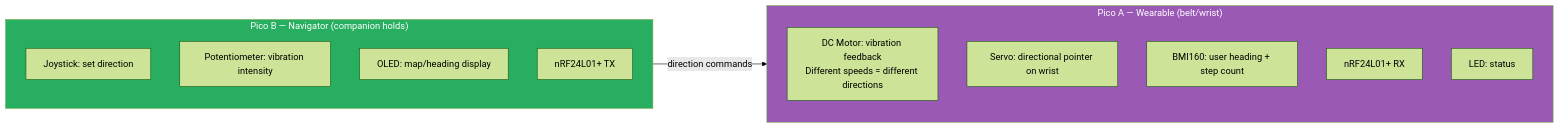
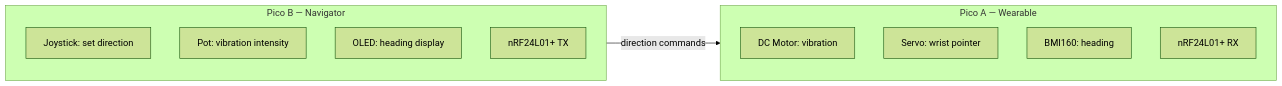
One commit to doyun-gu/hack-a-bot-2026 changed the ninth of 13 diagrams in docs/idea-shortlist-v2.md. Above: the diagram before and after it, drawn with Mermaid (forest theme). The commit also changed other lines of this file and 3 other files, not shown here.

First line of the commit message:
Clean up diagrams + add EEE theory + ventilation application

````diff
--- a/docs/idea-shortlist-v2.md
+++ b/docs/idea-shortlist-v2.md
@@ -331,22 +293,18 @@
 ```mermaid
 graph LR
-    subgraph WEAR["Pico A — Wearable (belt/wrist)"]
-        W_MOTOR["DC Motor: vibration feedback<br/>Different speeds = different directions"]
-        W_SERVO["Servo: directional pointer on wrist"]
-        W_IMU["BMI160: user heading + step count"]
-        W_NRF["nRF24L01+ RX"]
-        W_LED["LED: status"]
+    subgraph WEAR["Pico A — Wearable"]
+        W1[DC Motor: vibration]
+        W2[Servo: wrist pointer]
+        W3[BMI160: heading]
+        W4[nRF24L01+ RX]
     end
 
-    subgraph NAV["Pico B — Navigator (companion holds)"]
-        N_JOY["Joystick: set direction"]
-        N_POT["Potentiometer: vibration intensity"]
-        N_OLED["OLED: map/heading display"]
-        N_NRF["nRF24L01+ TX"]
+    subgraph NAV["Pico B — Navigator"]
+        N1[Joystick: set direction]
+        N2[Pot: vibration intensity]
+        N3[OLED: heading display]
+        N4[nRF24L01+ TX]
     end
 
-    NAV -->|"direction commands"| WEAR
-
-    style WEAR fill:#9b59b6,color:#fff
-    style NAV fill:#27ae60,color:#fff
+    NAV -->|direction commands| WEAR
 ```
````
